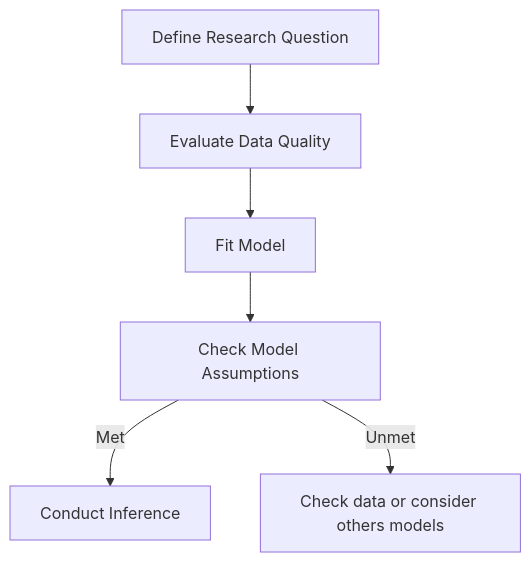
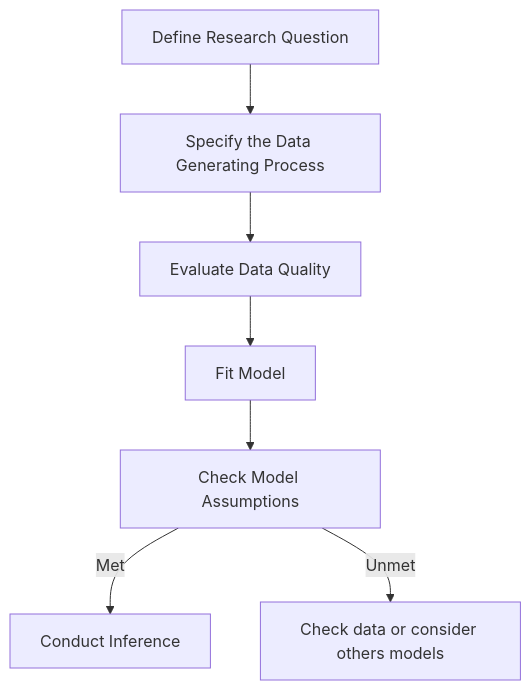
Before and after one commit to IdahoAgStats/mixed-models-in-R: the diagram in chapters/model-flow.qmd, drawn with Mermaid. The commit also changed other lines of this file and 1 other file, not shown here.

Commit message:
incorporate design matters into model flow

````diff
--- a/chapters/model-flow.qmd
+++ b/chapters/model-flow.qmd
@@ -16,10 +16,11 @@
 ```{mermaid}
 %%| fig-align: center
 %%| fig-width: 6.5
 graph TD
-  A[Define Research Question] --> B[Evaluate Data Quality]
-  B --> C[Fit Model]
-  C --> D[Check Model Assumptions]
-  D -- Met --> E[Conduct Inference]
-  D -- Unmet --> F[Check data or consider others models]
+  A[Define Research Question] --> B[Specify the Data Generating Process]
+  B --> C[Evaluate Data Quality]
+  C --> D[Fit Model]
+  D --> E[Check Model Assumptions]
+  E -- Met --> F[Conduct Inference]
+  E -- Unmet --> G[Check data or consider others models]
 ```
````
